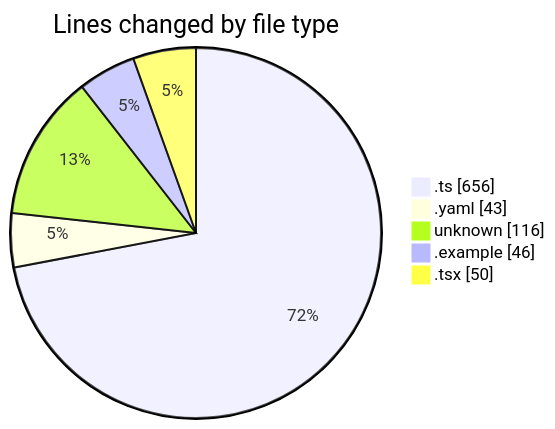
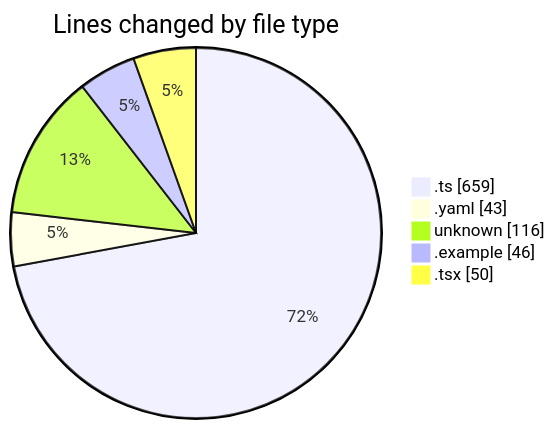
Before and after one commit to mevix1/code-tracking: the first of 2 diagrams in 2025-10-01/open-health/README.md, drawn with Mermaid. The commit also changed other lines of this file and 1 other file, not shown here.

````diff
--- a/2025-10-01/open-health/README.md
+++ b/2025-10-01/open-health/README.md
@@ -29,9 +29,9 @@
 ```mermaid
 pie showData
 title Lines changed by file type
-".ts" : 656
+".ts" : 659
 ".yaml" : 43
 "unknown" : 116
 ".example" : 46
 ".tsx" : 50
 ```
````
